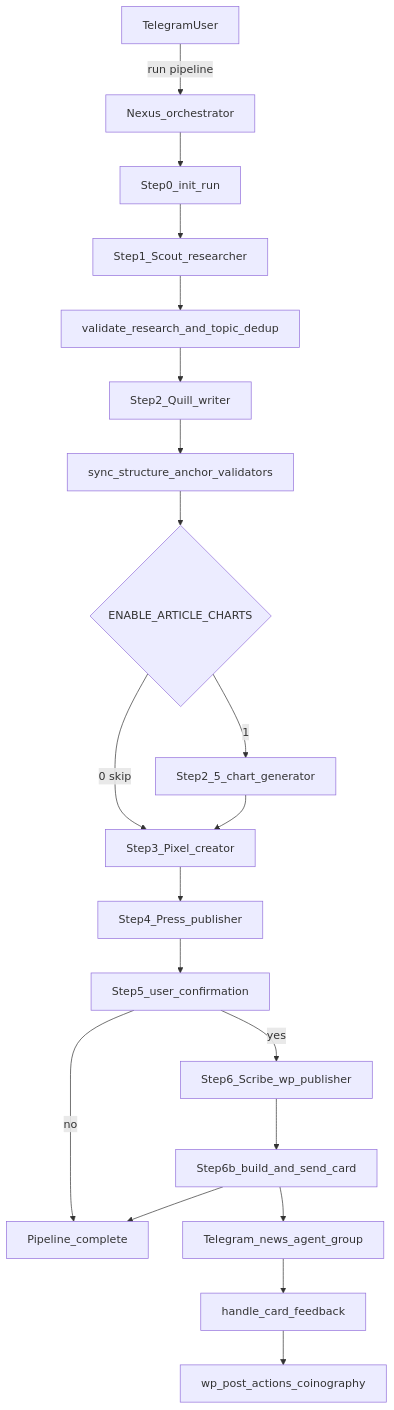
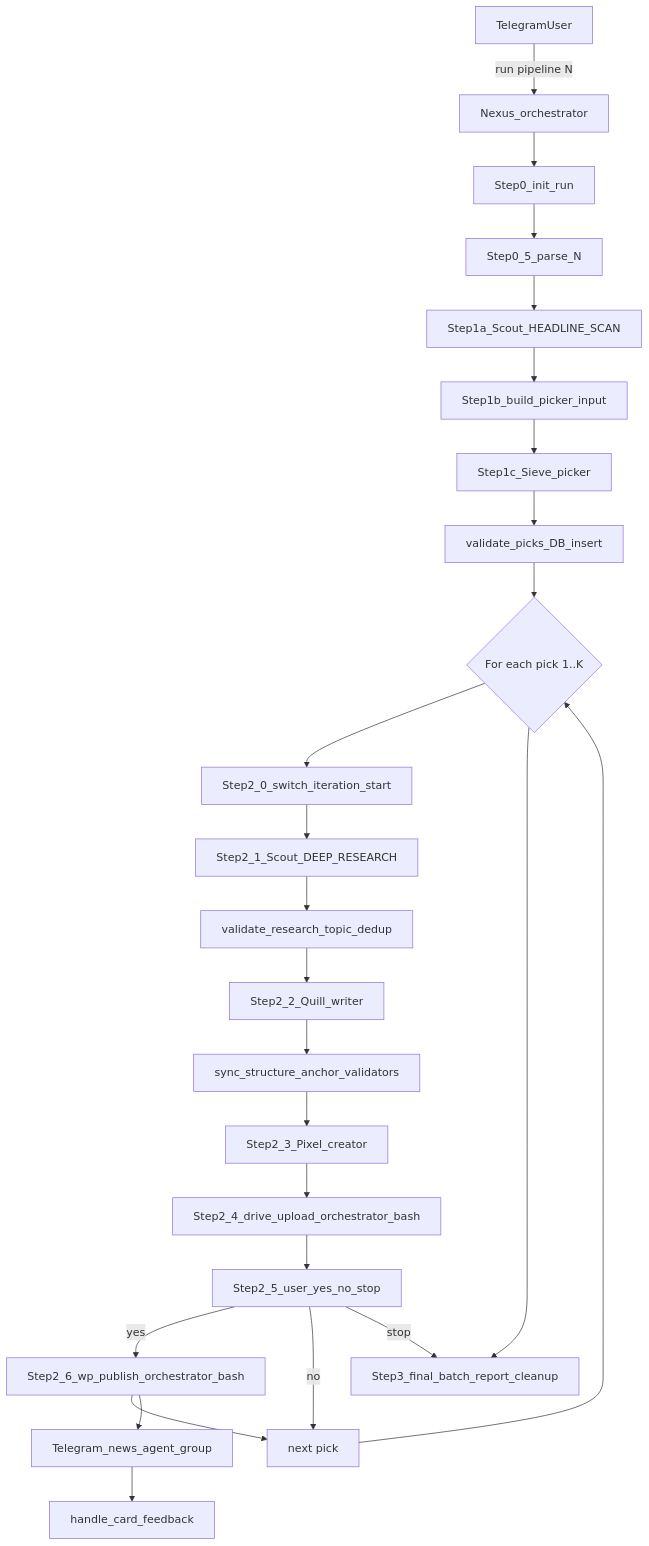
Before and after one commit to SpearmintTechnolgies/News-Agent: the diagram in AGENT_PIPELINE_REGISTRY.md, drawn with Mermaid. The commit also changed other lines of this file and 4904 other files, not shown here.

Commit message:
Sync complete OpenClaw project codebase & configuration

````diff
--- a/AGENT_PIPELINE_REGISTRY.md
+++ b/AGENT_PIPELINE_REGISTRY.md
@@ -28,22 +28,27 @@
 ```mermaid
 flowchart TD
-    TG[TelegramUser] -->|run pipeline| NX[Nexus_orchestrator]
+    TG[TelegramUser] -->|run pipeline N| NX[Nexus_orchestrator]
     NX --> S0[Step0_init_run]
-    S0 --> S1[Step1_Scout_researcher]
-    S1 --> V1[validate_research_and_topic_dedup]
-    V1 --> S2[Step2_Quill_writer]
-    S2 --> V2[sync_structure_anchor_validators]
-    V2 --> S25{ENABLE_ARTICLE_CHARTS}
-    S25 -->|1| CH[Step2_5_chart_generator]
-    S25 -->|0 skip| S3
-    CH --> S3[Step3_Pixel_creator]
-    S3 --> S4[Step4_Press_publisher]
-    S4 --> S5[Step5_user_confirmation]
-    S5 -->|yes| S6[Step6_Scribe_wp_publisher]
-    S5 -->|no| DONE[Pipeline_complete]
-    S6 --> S6b[Step6b_build_and_send_card]
-    S6b --> TGCard[Telegram_news_agent_group]
+    S0 --> S05[Step0_5_parse_N]
+    S05 --> S1A[Step1a_Scout_HEADLINE_SCAN]
+    S1A --> S1B[Step1b_build_picker_input]
+    S1B --> S1C[Step1c_Sieve_picker]
+    S1C --> V1C[validate_picks_DB_insert]
+    V1C --> LOOP{For each pick 1..K}
+    LOOP --> S20[Step2_0_switch_iteration_start]
+    S20 --> S21[Step2_1_Scout_DEEP_RESEARCH]
+    S21 --> V21[validate_research_topic_dedup]
+    V21 --> S22[Step2_2_Quill_writer]
+    S22 --> V22[sync_structure_anchor_validators]
+    V22 --> S23[Step2_3_Pixel_creator]
+    S23 --> S24[Step2_4_drive_upload_orchestrator_bash]
+    S24 --> S25[Step2_5_user_yes_no_stop]
+    S25 -->|yes| S26[Step2_6_wp_publish_orchestrator_bash]
+    S25 -->|no| LOOP_NEXT
+    S25 -->|stop| S3
+    S26 --> LOOP_NEXT[next pick]
+    LOOP_NEXT --> LOOP
+    LOOP --> S3[Step3_final_batch_report_cleanup]
+    S26 --> TGCard[Telegram_news_agent_group]
     TGCard --> Editorial[handle_card_feedback]
-    Editorial --> WPA[wp_post_actions_coinography]
-    S6b --> DONE
 ```
````
